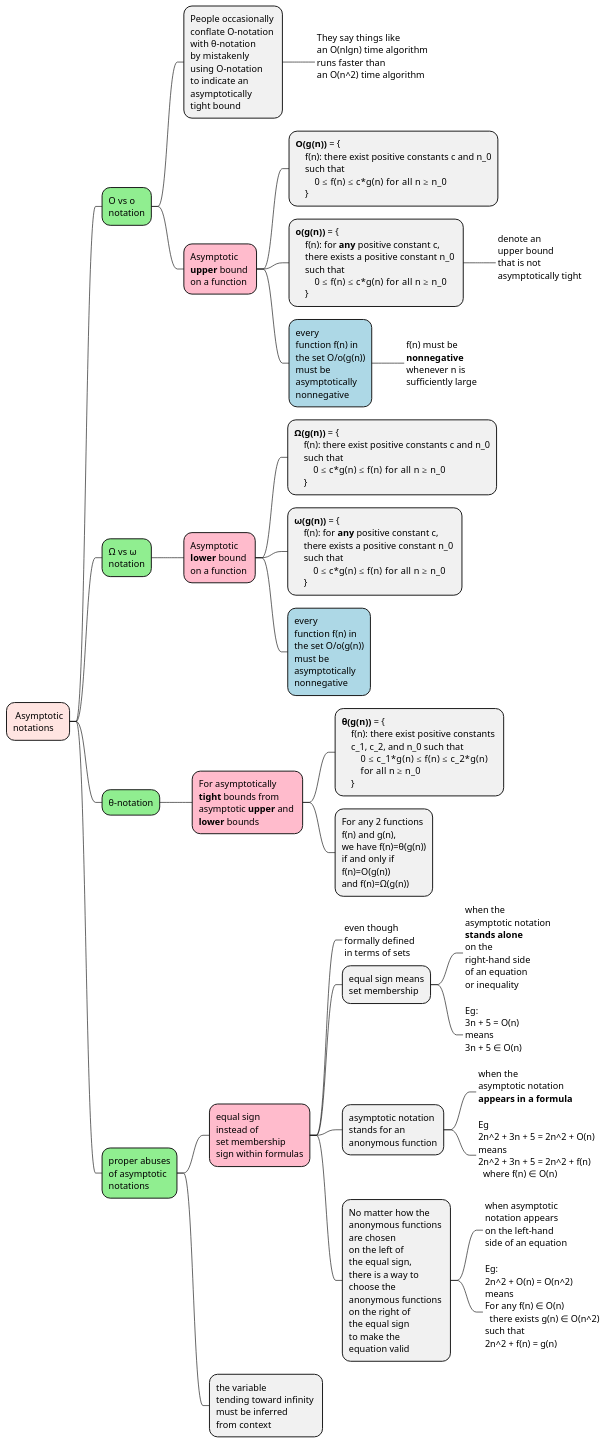
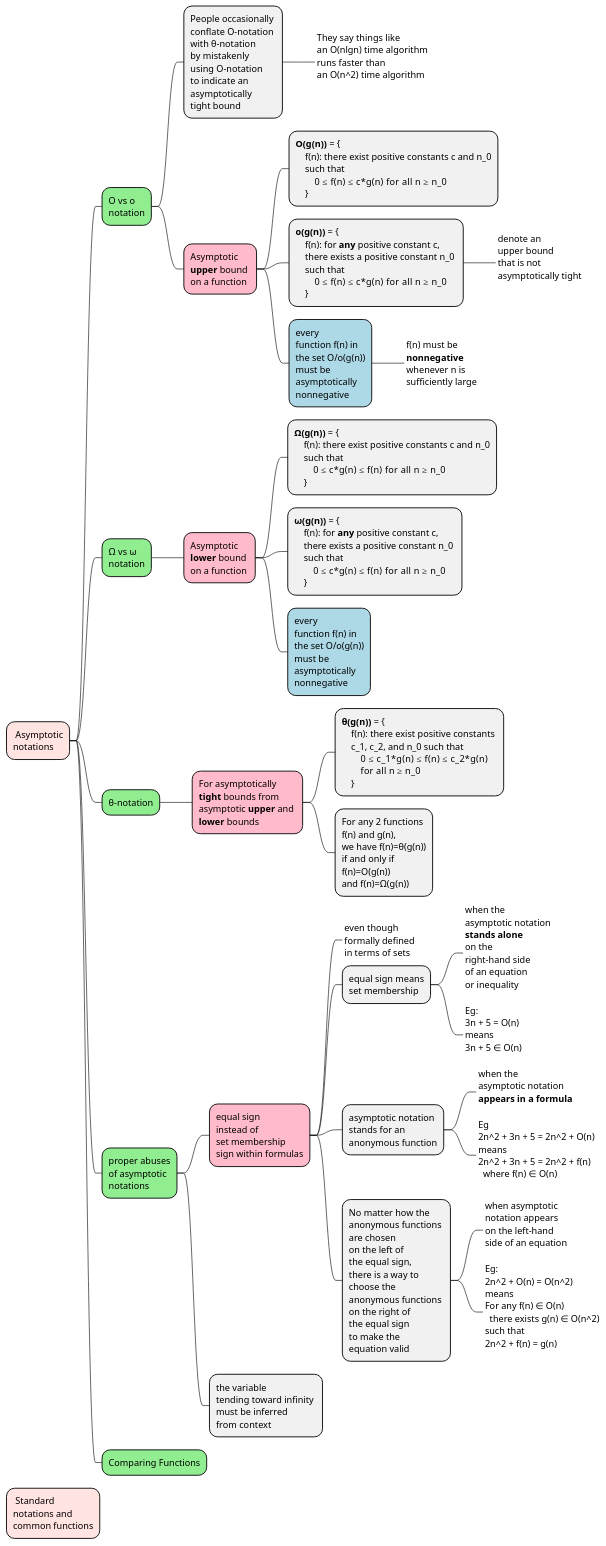
One commit to BeanLearningADS/introduction-to-algorithms changed the diagram in chapter03/c03-mindmap.plantuml. Above: the diagram before and after it, drawn with PlantUML.

Commit message:
Chapter 3 headigs

```diff
--- a/chapter03/c03-mindmap.plantuml
+++ b/chapter03/c03-mindmap.plantuml
@@ -1,163 +1,170 @@
 @startmindmap
 
 *[#MistyRose]: Asymptotic
 notations;
 
 **[#lightgreen]:O vs o
 notation;
 ***:People occasionally 
 conflate O-notation 
 with θ-notation 
 by mistakenly 
 using O-notation 
 to indicate an 
 asymptotically 
 tight bound;
 ****_:They say things like 
 an O(nlgn) time algorithm 
 runs faster than 
 an O(n^2) time algorithm
 ;
 
 ***[#FFBBCC]:Asymptotic 
 <b>upper</b> bound 
 on a function;
 ****:<b>O(g(n))</b> = { 
     f(n): there exist positive constants c and n_0
     such that 
         0 ≤ f(n) ≤ c*g(n) for all n ≥ n_0 
     };
 ****:<b>o(g(n))</b> = { 
     f(n): for <b>any</b> positive constant c, 
     there exists a positive constant n_0 
     such that 
         0 ≤ f(n) ≤ c*g(n) for all n ≥ n_0 
     };
 *****_:denote an
 upper bound 
 that is not 
 asymptotically tight
 ;
 
 ****[#lightblue]:every
 function f(n) in 
 the set O/o(g(n))
 must be 
 asymptotically
 nonnegative;
 *****_:f(n) must be
 <b>nonnegative</b> 
 whenever n is 
 sufficiently large;
 
 **[#lightgreen]:Ω vs ω
 notation;
 ***[#FFBBCC]:Asymptotic 
 <b>lower</b> bound 
 on a function;
 ****:<b>Ω(g(n))</b> = { 
     f(n): there exist positive constants c and n_0
     such that 
         0 ≤ c*g(n) ≤ f(n) for all n ≥ n_0 
     };
 ****:<b>ω(g(n))</b> = { 
     f(n): for <b>any</b> positive constant c, 
     there exists a positive constant n_0 
     such that 
         0 ≤ c*g(n) ≤ f(n) for all n ≥ n_0 
     };
 ****[#lightblue]:every
 function f(n) in 
 the set O/o(g(n))
 must be 
 asymptotically
 nonnegative;
 
 **[#lightgreen] θ-notation
 ***[#FFBBCC]:For asymptotically
 <b>tight</b> bounds from 
 asymptotic <b>upper</b> and 
 <b>lower</b> bounds;
 ****:<b>θ(g(n))</b> = { 
     f(n): there exist positive constants 
     c_1, c_2, and n_0 such that 
         0 ≤ c_1*g(n) ≤ f(n) ≤ c_2*g(n) 
         for all n ≥ n_0 
     };
 ****:For any 2 functions
 f(n) and g(n),
 we have f(n)=θ(g(n))
 if and only if 
 f(n)=O(g(n))
 and f(n)=Ω(g(n));
 
 **[#lightgreen]:proper abuses
 of asymptotic
 notations;
 ***[#FFBBCC]:equal sign
 instead of 
 set membership 
 sign within formulas;
 ****_:even though
 formally defined
 in terms of sets;
 ****:equal sign means 
 set membership;
 *****_:when the
 asymptotic notation 
 <b>stands alone</b>
 on the 
 right-hand side
 of an equation 
 or inequality
 ;
 *****_:Eg:
 3n + 5 = O(n)
 means 
 3n + 5 ∈ O(n)
 ;
 ****:asymptotic notation 
 stands for an 
 anonymous function;
 *****_:when the 
 asymptotic notation 
 <b>appears in a formula</b>
 ;
 *****_:Eg 
 2n^2 + 3n + 5 = 2n^2 + O(n)
 means 
 2n^2 + 3n + 5 = 2n^2 + f(n)
   where f(n) ∈ O(n)
 ;
 ****:No matter how the 
 anonymous functions 
 are chosen 
 on the left of 
 the equal sign, 
 there is a way to 
 choose the
 anonymous functions 
 on the right of 
 the equal sign 
 to make the 
 equation valid;
 *****_:when asymptotic 
 notation appears 
 on the left-hand 
 side of an equation
 ;
 *****_:Eg:
 2n^2 + O(n) = O(n^2)
 means 
 For any f(n) ∈ O(n)
   there exists g(n) ∈ O(n^2)
 such that 
 2n^2 + f(n) = g(n)
 ;
 
 ***:the variable 
 tending toward infinity 
 must be inferred
 from context;
 
+**[#lightgreen] Comparing Functions
+
+
+*[#MistyRose]: Standard
+notations and
+common functions;
+
 @endmindmap
```
